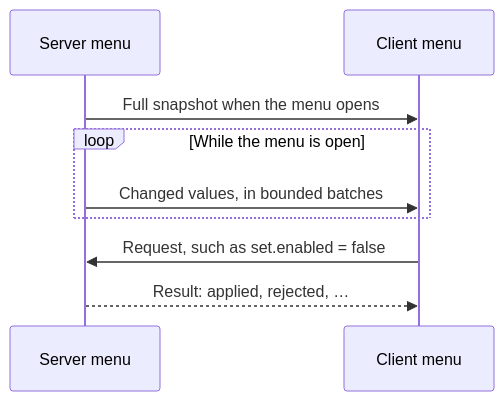
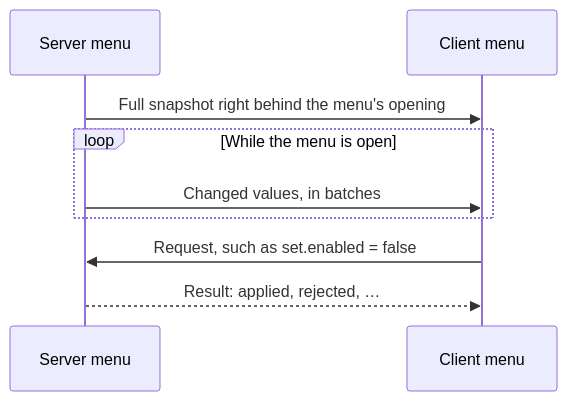
Before and after one commit to Frostbite-time/CompixelUI: the diagram in docs/en/menu-sync.md, drawn with Mermaid. The commit also changed other lines of this file and 80 other files, not shown here.

````diff
--- a/docs/en/menu-sync.md
+++ b/docs/en/menu-sync.md
@@ -7,11 +7,11 @@
 ```mermaid
 sequenceDiagram
     participant S as Server menu
     participant C as Client menu
-    S->>C: Full snapshot when the menu opens
+    S->>C: Full snapshot right behind the menu's opening
     loop While the menu is open
-        S->>C: Changed values, in bounded batches
+        S->>C: Changed values, in batches
     end
     C->>S: Request, such as set.enabled = false
     S-->>C: Result: applied, rejected, …
 ```
````
